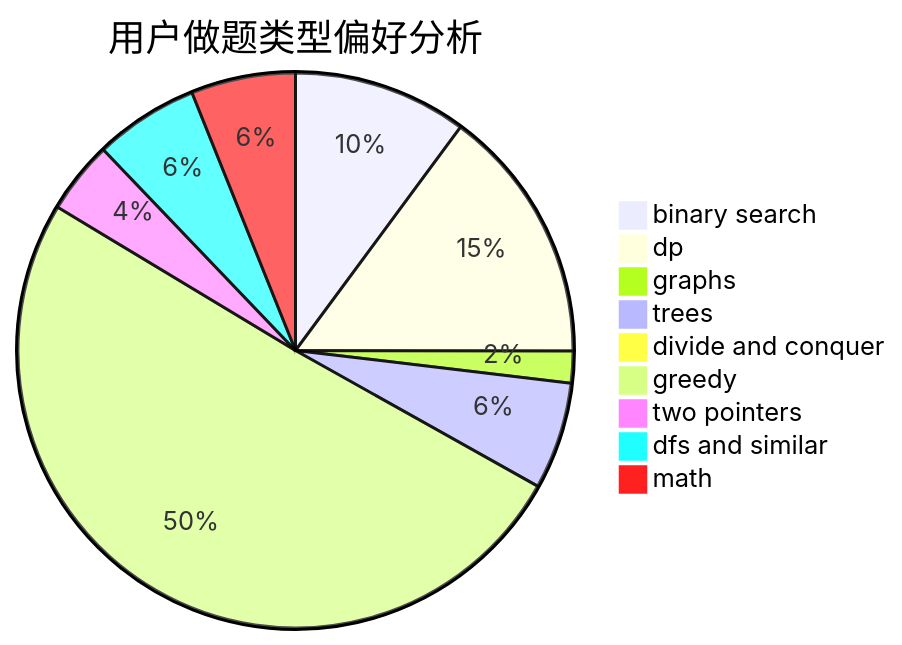
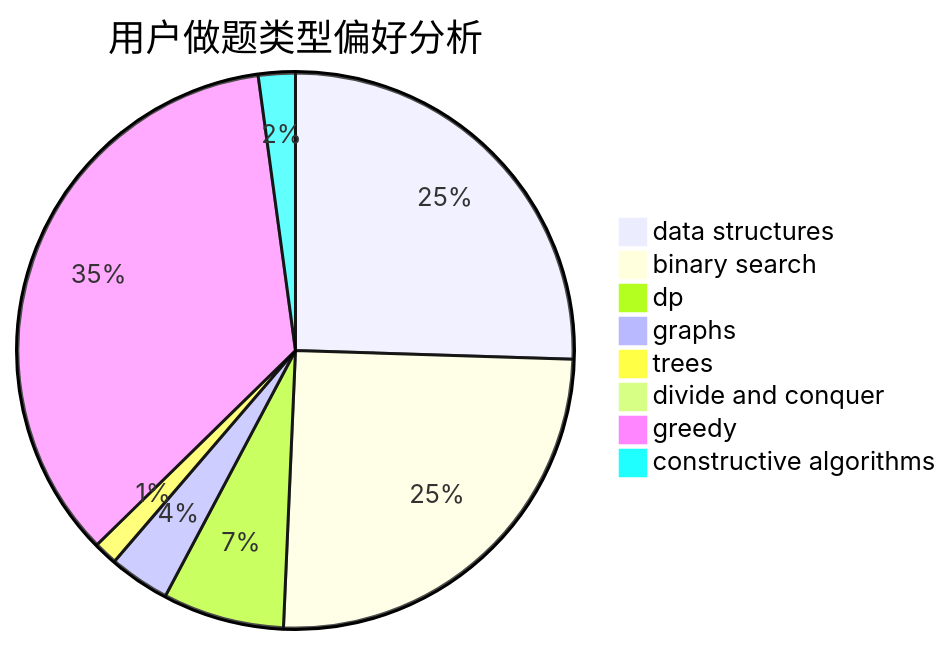
The second of 3 diagrams in docs/user/u2380.md (sherpahu/cfrs.github.io), drawn with Mermaid before and after one commit. The commit also changed other lines of this file and 2775 other files, not shown here.

````diff
--- a/docs/user/u2380.md
+++ b/docs/user/u2380.md
@@ -23,12 +23,11 @@
 ```mermaid
 pie title 用户做题类型偏好分析
-    "binary search" :  180
-    "dp" :  265
-    "graphs" :  33
-    "trees" :  111
-    "divide and conquer" :  3
-    "greedy" :  898
-    "two pointers" :  75
-    "dfs and similar" :  108
-    "math" :  108
+    "data structures" :  166
+    "binary search" :  164
+    "dp" :  46
+    "graphs" :  23
+    "trees" :  9
+    "divide and conquer" :  0
+    "greedy" :  229
+    "constructive algorithms" :  14
 ```
````
